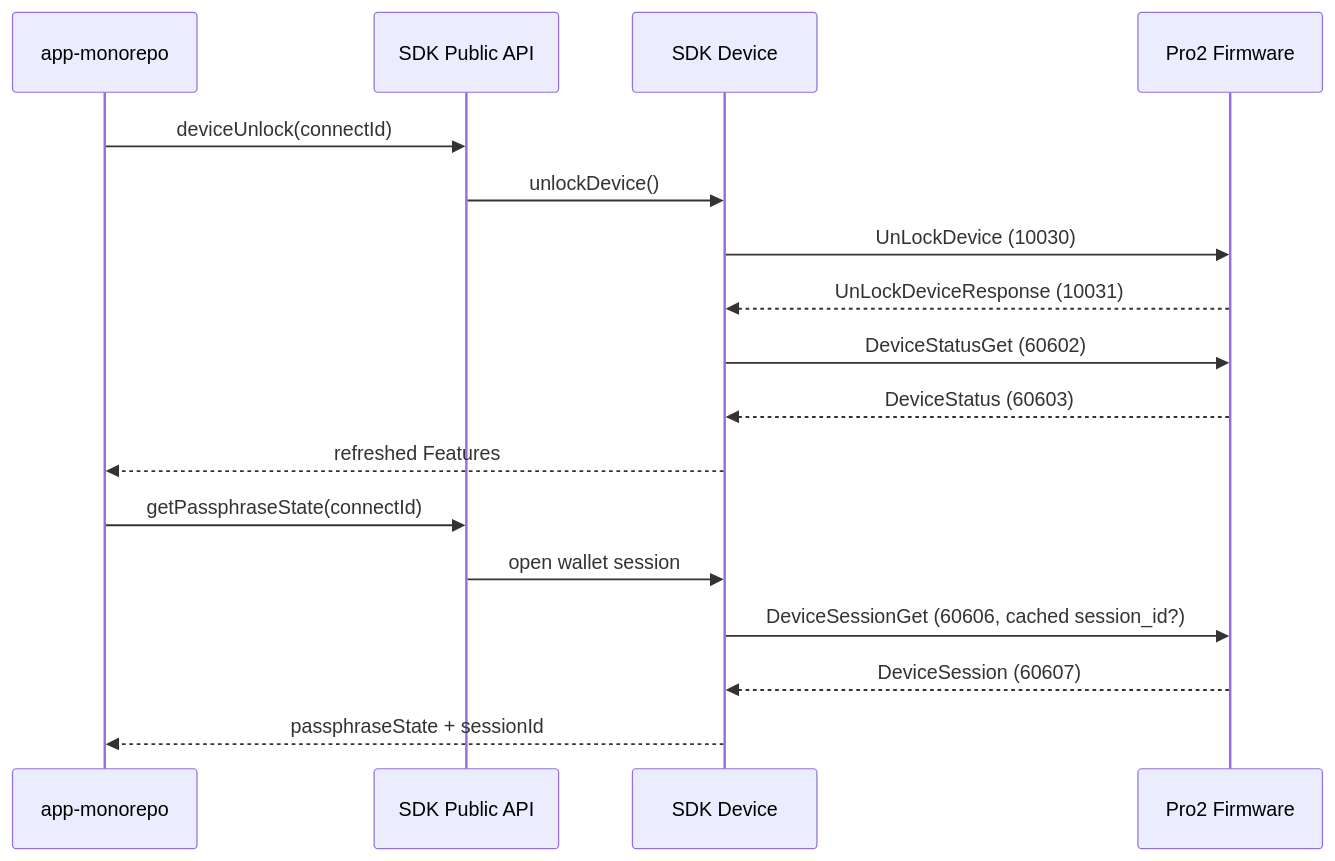
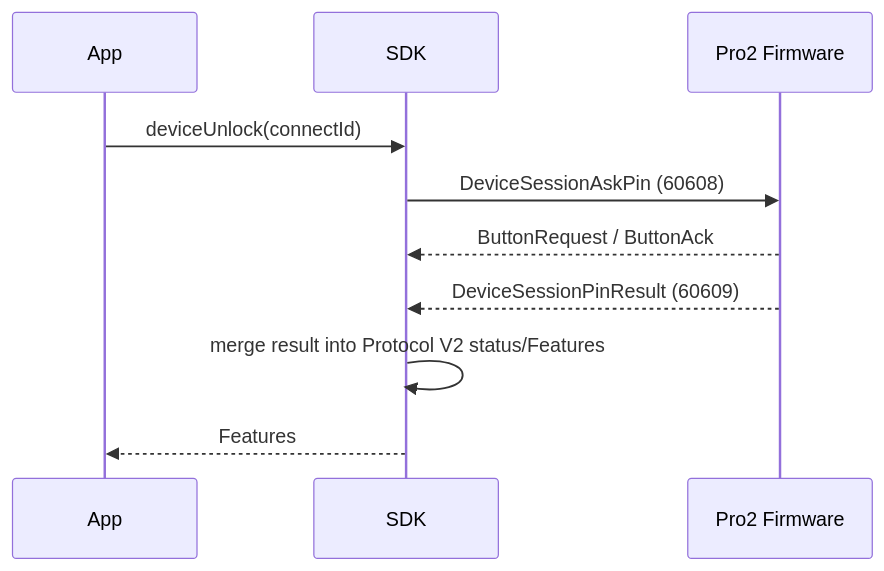
The first of 2 diagrams in docs/superpowers/specs/2026-07-13-protocol-v2-wallet-session-and-unlock-design.md (OneKeyHQ/hardware-js-sdk), drawn with Mermaid before and after one commit. The commit also changed other lines of this file and 57 other files, not shown here.

````diff
--- a/docs/superpowers/specs/2026-07-13-protocol-v2-wallet-session-and-unlock-design.md
+++ b/docs/superpowers/specs/2026-07-13-protocol-v2-wallet-session-and-unlock-design.md
@@ -135,21 +24,13 @@
 ```mermaid
 sequenceDiagram
-    participant App as app-monorepo
-    participant API as SDK Public API
-    participant Device as SDK Device
+    participant App
+    participant SDK
     participant FW as Pro2 Firmware
 
-    App->>API: deviceUnlock(connectId)
-    API->>Device: unlockDevice()
-    Device->>FW: UnLockDevice (10030)
-    FW-->>Device: UnLockDeviceResponse (10031)
-    Device->>FW: DeviceStatusGet (60602)
-    FW-->>Device: DeviceStatus (60603)
-    Device-->>App: refreshed Features
-
-    App->>API: getPassphraseState(connectId)
-    API->>Device: open wallet session
-    Device->>FW: DeviceSessionGet (60606, cached session_id?)
-    FW-->>Device: DeviceSession (60607)
-    Device-->>App: passphraseState + sessionId
+    App->>SDK: deviceUnlock(connectId)
+    SDK->>FW: DeviceSessionAskPin (60608)
+    FW-->>SDK: ButtonRequest / ButtonAck
+    FW-->>SDK: DeviceSessionPinResult (60609)
+    SDK->>SDK: merge result into Protocol V2 status/Features
+    SDK-->>App: Features
 ```
````
